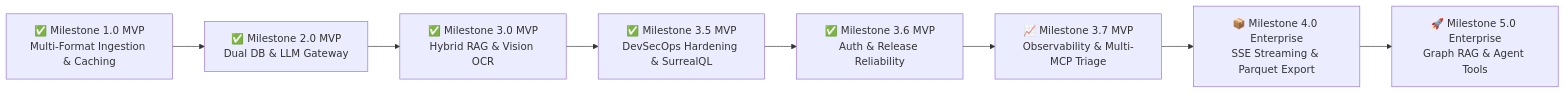
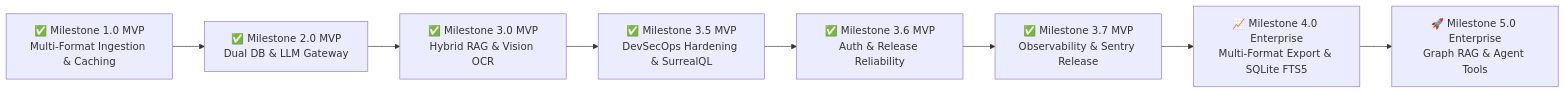
One commit to lucivskvn/AetherOmni changed the second of 2 diagrams in README.md. Above: the diagram before and after it, drawn with Mermaid. The commit also changed other lines of this file and 7 other files, not shown here.

````diff
--- a/README.md
+++ b/README.md
@@ -209,10 +209,10 @@
 ```mermaid
 flowchart LR
     M1["✅ Milestone 1.0 MVP<br>Multi-Format Ingestion & Caching"] --> M2["✅ Milestone 2.0 MVP<br>Dual DB & LLM Gateway"]
     M2 --> M3["✅ Milestone 3.0 MVP<br>Hybrid RAG & Vision OCR"]
     M3 --> M35["✅ Milestone 3.5 MVP<br>DevSecOps Hardening & SurrealQL"]
     M35 --> M36["✅ Milestone 3.6 MVP<br>Auth & Release Reliability"]
-    M36 --> M37["📈 Milestone 3.7 MVP<br>Observability & Multi-MCP Triage"]
-    M37 --> M4["📦 Milestone 4.0 Enterprise<br>SSE Streaming & Parquet Export"]
+    M36 --> M37["✅ Milestone 3.7 MVP<br>Observability & Sentry Release"]
+    M37 --> M4["📈 Milestone 4.0 Enterprise<br>Multi-Format Export & SQLite FTS5"]
     M4 --> M5["🚀 Milestone 5.0 Enterprise<br>Graph RAG & Agent Tools"]
 ```
````
